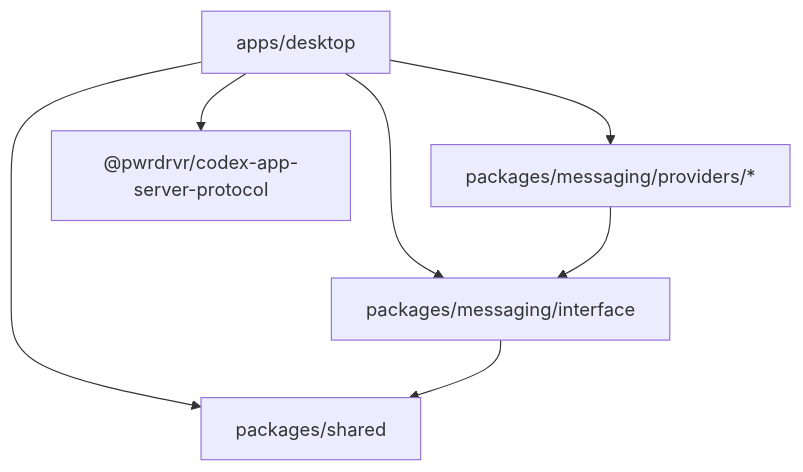
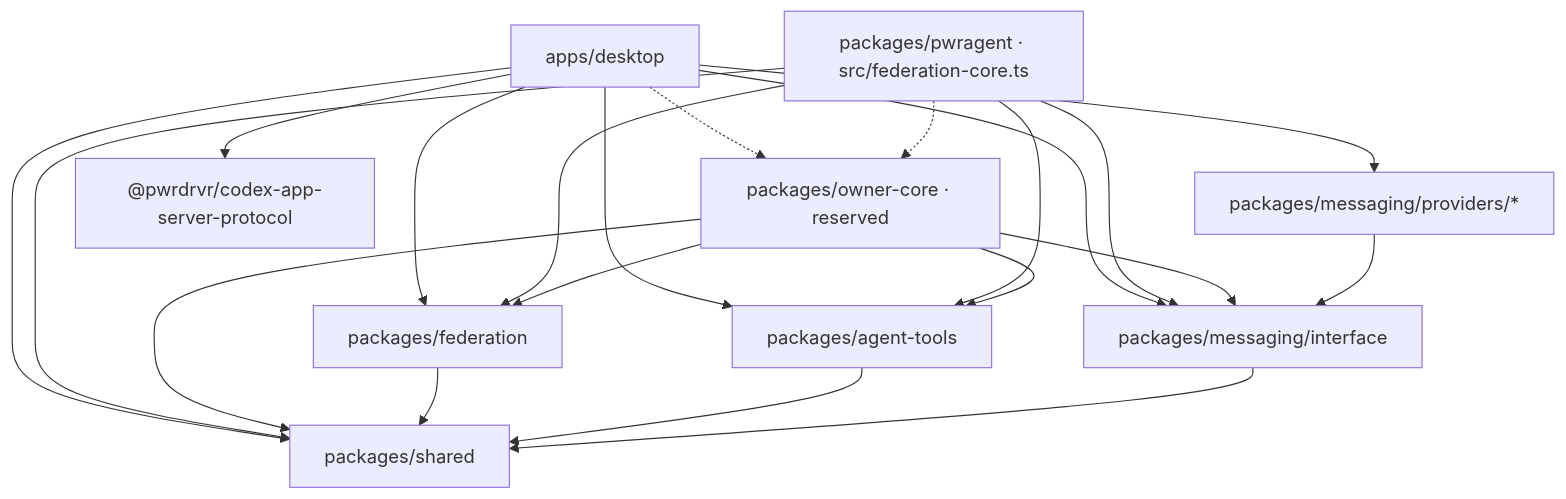
Before and after one commit to pwrdrvr/PwrAgent: the fifth of 5 diagrams in ARCHITECTURE.md, drawn with Mermaid. The commit also changed other lines of this file and 3 other files, not shown here.

Commit message:
chore(agent-core): enforce workspace dependency layers

````diff
--- a/ARCHITECTURE.md
+++ b/ARCHITECTURE.md
@@ -327,14 +327,32 @@
 ```mermaid
 graph TB
     DesktopApp["apps/desktop"]
+    Outpost["packages/pwragent · src/federation-core.ts"]
+    OwnerCore["packages/owner-core · reserved"]
+    Federation["packages/federation"]
+    AgentTools["packages/agent-tools"]
     MsgProviders["packages/messaging/providers/*"]
     MsgInterface["packages/messaging/interface"]
     Shared["packages/shared"]
 
     DesktopApp --> MsgProviders
     DesktopApp --> MsgInterface
     DesktopApp --> Shared
+    DesktopApp --> Federation
+    DesktopApp --> AgentTools
+    DesktopApp -.-> OwnerCore
     DesktopApp --> CodexProto["@pwrdrvr/codex-app-server-protocol"]
+    Outpost --> Federation
+    Outpost --> AgentTools
+    Outpost --> Shared
+    Outpost --> MsgInterface
+    Outpost -.-> OwnerCore
+    OwnerCore --> Federation
+    OwnerCore --> AgentTools
+    OwnerCore --> MsgInterface
+    OwnerCore --> Shared
+    Federation --> Shared
+    AgentTools --> Shared
     MsgProviders --> MsgInterface
     MsgInterface --> Shared
 ```
````
